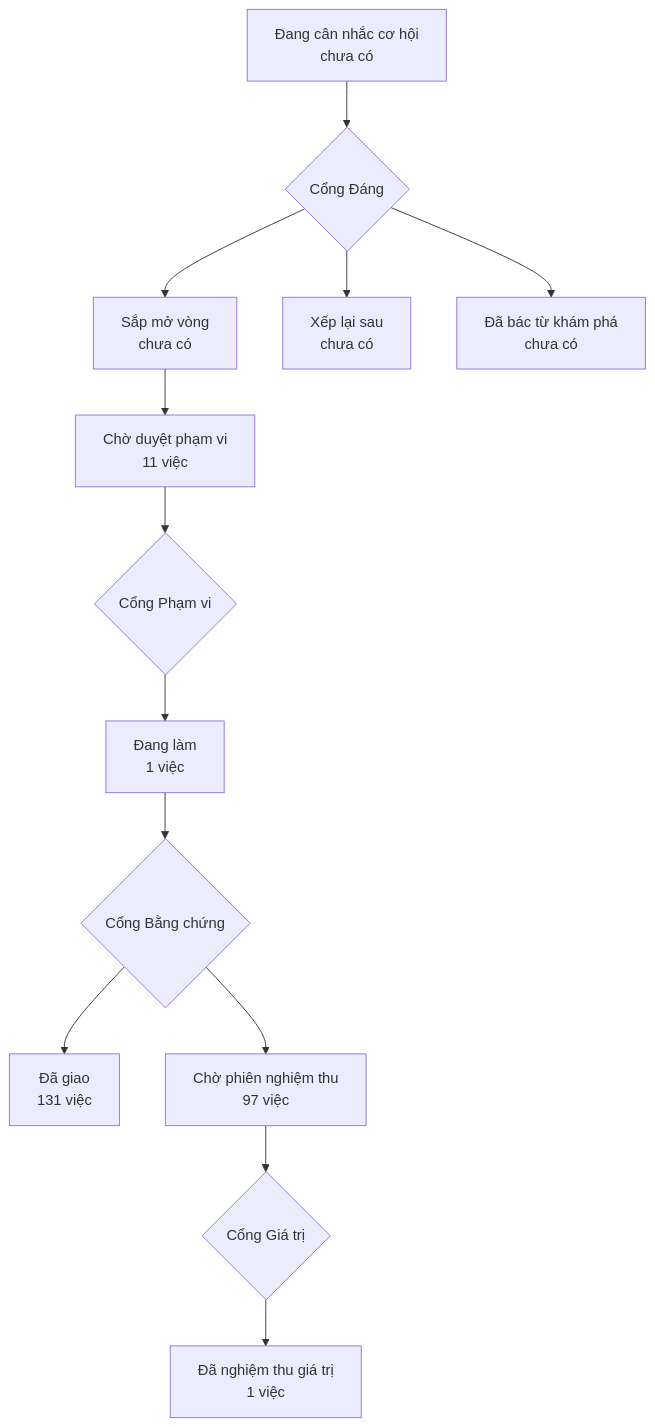
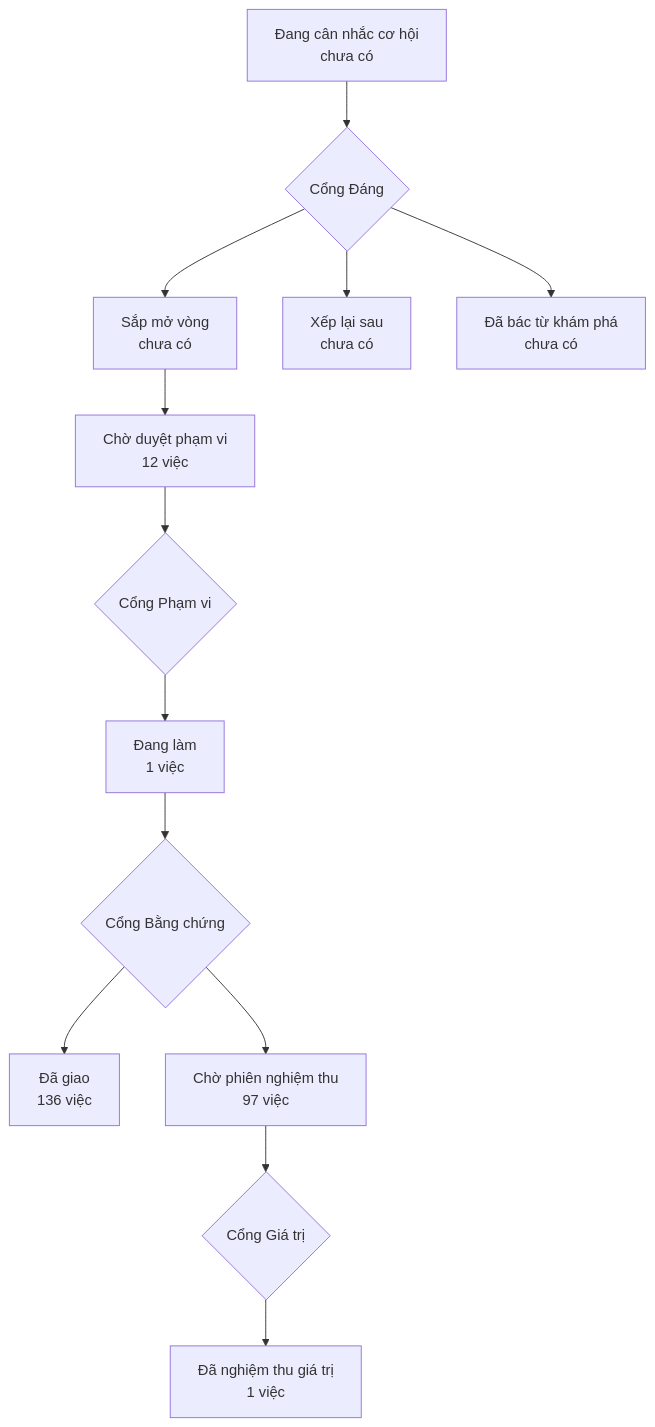
The diagram in PRODUCT-MAP.md (phanlemanh/onehub-invest), drawn with Mermaid before and after one commit. The commit also changed other lines of this file and 2 other files, not shown here.

Commit message:
docs(acceptance): trang-chi-tiet-tin xong S3, chờ lượt S4

````diff
--- a/PRODUCT-MAP.md
+++ b/PRODUCT-MAP.md
@@ -7,12 +7,12 @@
 ```mermaid
 flowchart TD
   A["Đang cân nhắc cơ hội<br/>chưa có"] --> GD{"Cổng Đáng"}
   GD --> B["Sắp mở vòng<br/>chưa có"]
   GD --> XL["Xếp lại sau<br/>chưa có"]
   GD --> DB["Đã bác từ khám phá<br/>chưa có"]
-  B --> CD["Chờ duyệt phạm vi<br/>11 việc"] --> GP{"Cổng Phạm vi"}
+  B --> CD["Chờ duyệt phạm vi<br/>12 việc"] --> GP{"Cổng Phạm vi"}
   GP --> DL["Đang làm<br/>1 việc"] --> GB{"Cổng Bằng chứng"}
-  GB --> DG["Đã giao<br/>131 việc"]
+  GB --> DG["Đã giao<br/>136 việc"]
   GB --> CN["Chờ phiên nghiệm thu<br/>97 việc"] --> GG{"Cổng Giá trị"}
   GG --> NT["Đã nghiệm thu giá trị<br/>1 việc"]
 ```
````
